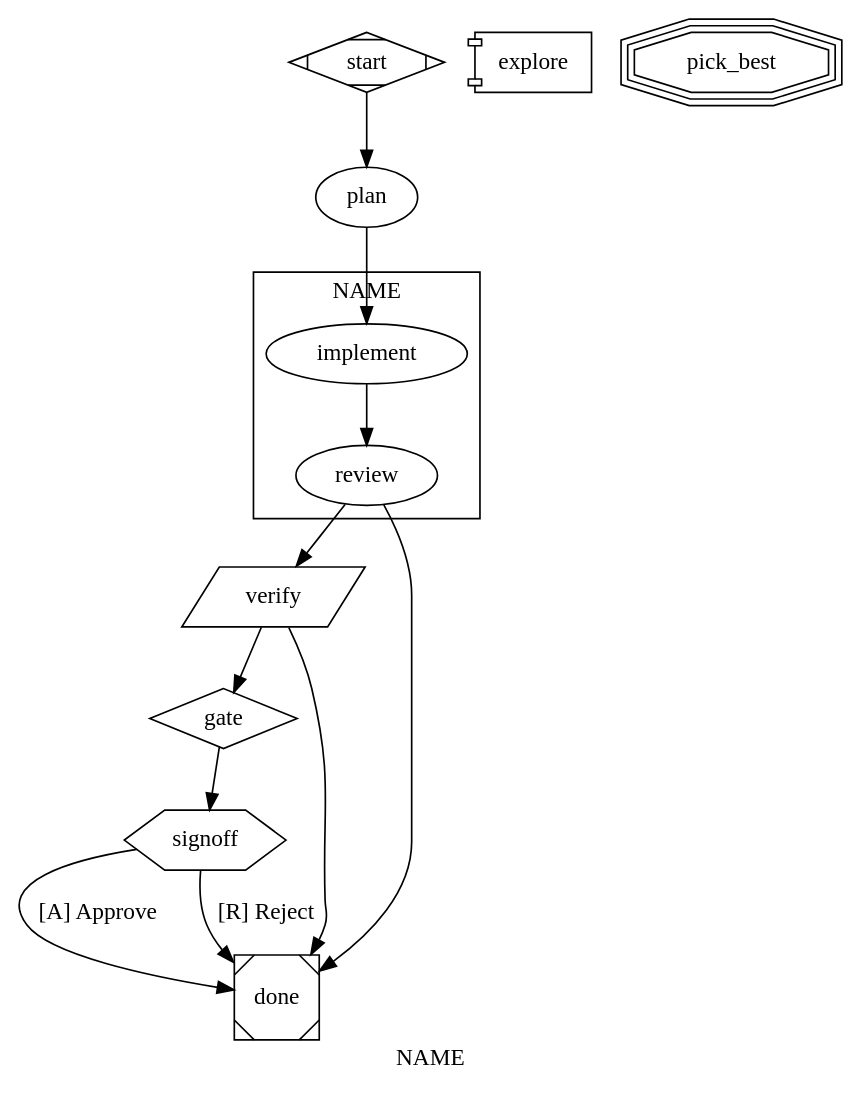
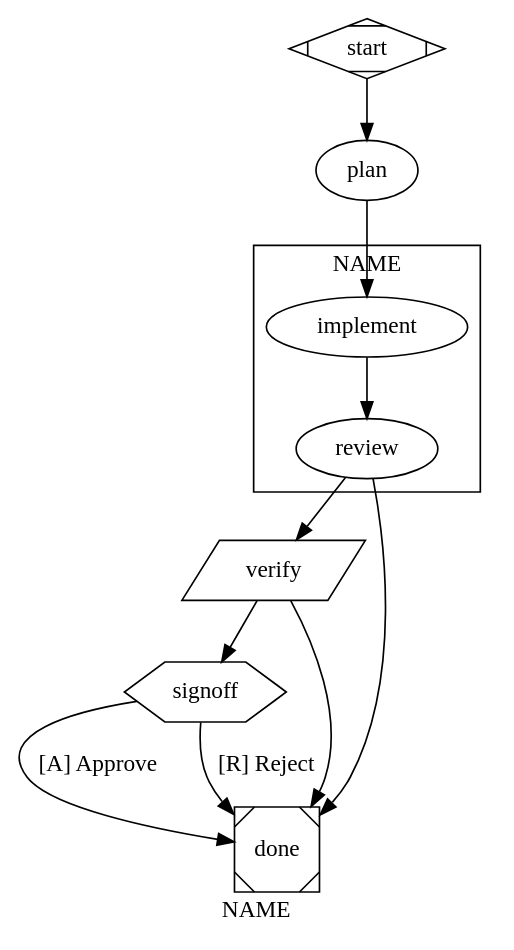
The ninth of 9 diagrams in .agents/skills/swarm-author/SKILL.md (purrgrammer/fragua), drawn with Graphviz before and after one commit. The commit also changed other lines of this file and 4 other files, not shown here.

````diff
--- a/.agents/skills/swarm-author/SKILL.md
+++ b/.agents/skills/swarm-author/SKILL.md
@@ -573,63 +440,51 @@
 ```dot
 digraph NAME {
   graph [
     goal                  = "…"
     label                 = "NAME"
     default_fidelity      = "compact"
     max_goal_gate_retries = 2
-    model_stylesheet      = "
-      *       { llm_provider: anthropic; llm_model: claude-sonnet-4-6; }
-      .review { llm_model: claude-opus-4-7; reasoning_effort: high; }
-    "
   ]
 
   start [shape=Mdiamond]
 
   # Codergen — one LLM turn.
   plan [
     prompt        = "… $ARGUMENTS."
     allowed_tools = "read, bash"
     context_files = "AGENTS.md"
   ]
 
-  # Subgraph: shared thread + derived class for stylesheet.
+  # Subgraph: shared thread + derived class for stylesheet (see references/advanced-attrs.md).
   subgraph cluster_review {
     implement [
       prompt        = "Implement $plan.output. …"
       allowed_tools = "read, write, edit, bash"
       thread_id     = "dev"
     ]
     review [
       prompt       = "Judge the diff. APPROVE or <abort>REJECT: …</abort>."
-      goal_gate    = true                 # workflow-level retry §13a
+      goal_gate    = true                 # workflow-level retry §8
       retry_target = "implement"
     ]
   }
 
   # Tool — shell step.
   verify [shape=parallelogram, tool_command="bun run ci"]
 
-  # Conditional — edge-only routing.
-  gate [shape=diamond]
-
   # Wait.human — structured HITL: route by edge label.
   signoff [shape=hexagon, prompt="Approve to ship, or reject."]
-
-  # Parallel fan-out + fan-in.
-  explore   [shape=component, fan_in=pick_best, join_policy="wait_all"]
-  pick_best [shape=tripleoctagon]
 
   done [shape=Msquare]
 
   start -> plan -> implement -> review
 
   review -> done   [condition="outcome=fail"]    # goal-gate retargets to implement
   review -> verify
 
-  verify -> gate    [condition="outcome=success"]
+  verify -> signoff [condition="outcome=success"]
   verify -> done    [condition="outcome=fail"]
-  gate    -> signoff
   signoff -> done   [label="[A] Approve"]
   signoff -> done   [label="[R] Reject"]
 }
 ```
````
